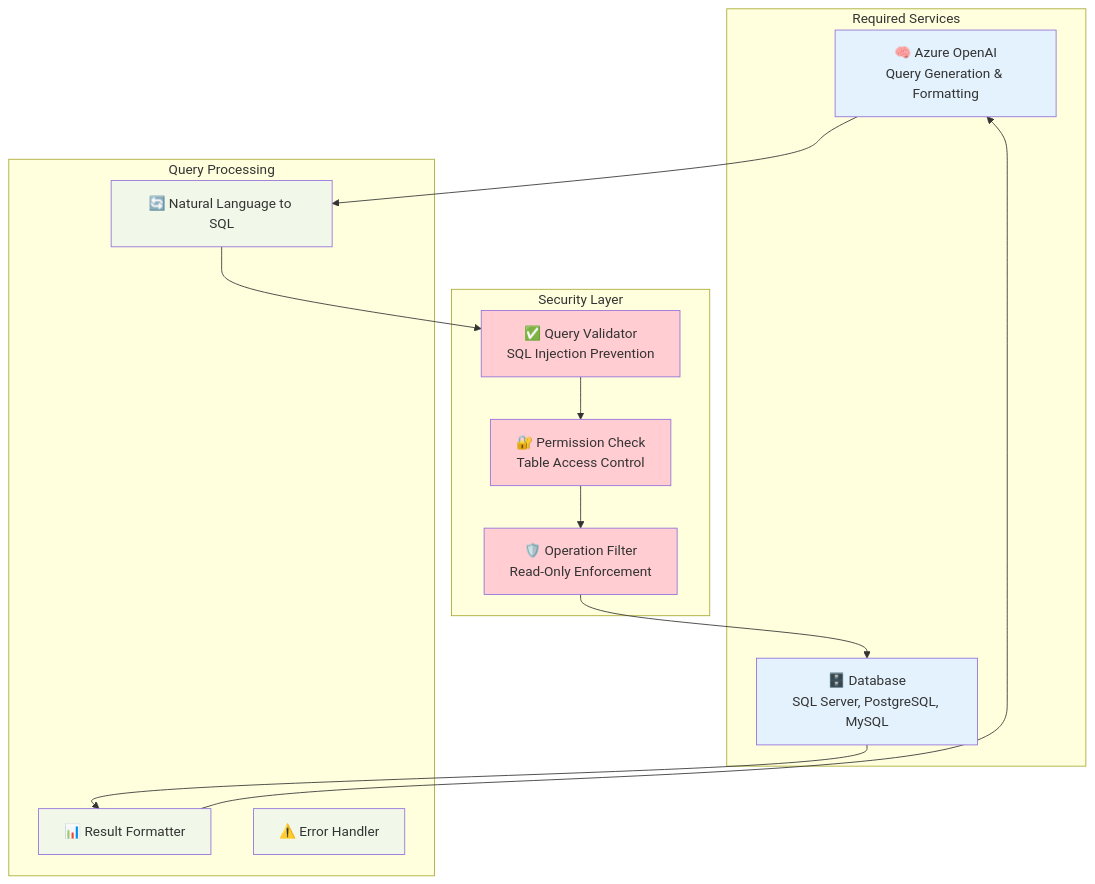
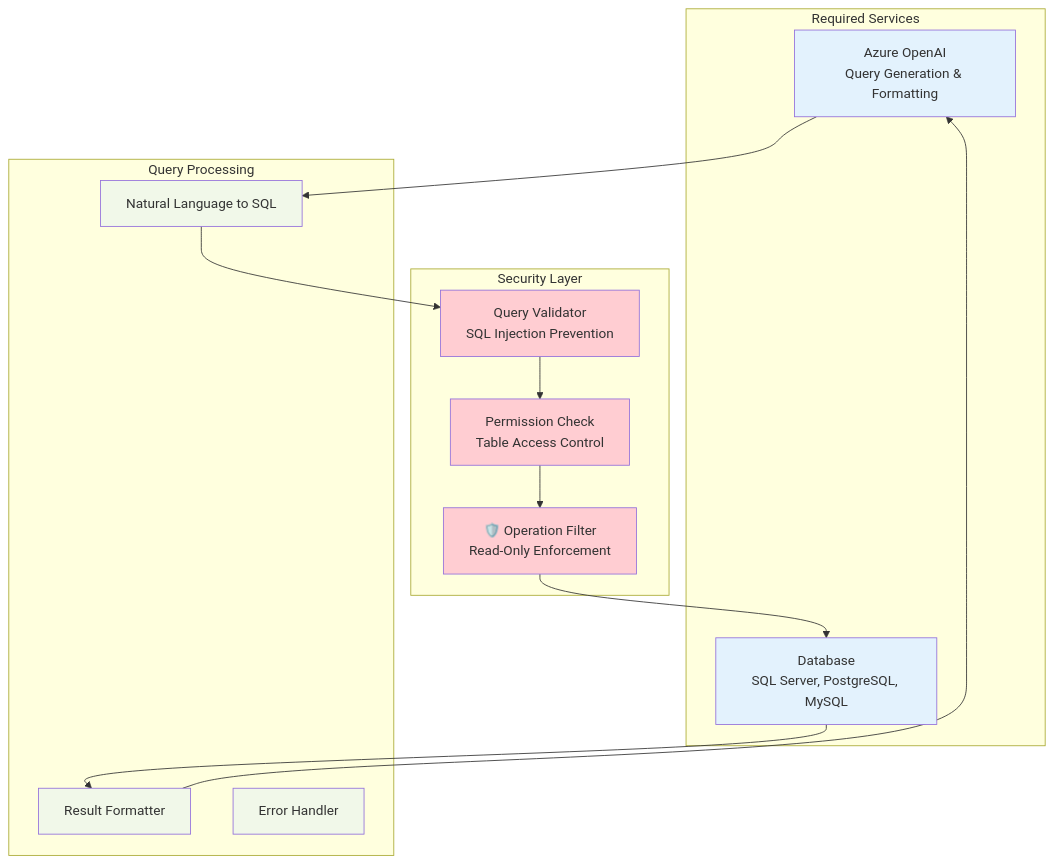
The ninth of 10 diagrams in docs/workflows/README.md (the-ingenious-dark-knight/Insight_Ingenious), drawn with Mermaid before and after one commit. The commit also changed other lines of this file and 23 other files, not shown here.

````diff
--- a/docs/workflows/README.md
+++ b/docs/workflows/README.md
@@ -400,35 +400,35 @@
 ```mermaid
 graph TB
     subgraph "Required Services"
-        AZURE_OPENAI[🧠 Azure OpenAI<br/>Query Generation & Formatting]
-        DATABASE[🗄️ Database<br/>SQL Server, PostgreSQL, MySQL]
+        AZURE_OPENAI[ Azure OpenAI<br/>Query Generation & Formatting]
+        DATABASE[ Database<br/>SQL Server, PostgreSQL, MySQL]
     end
 
     subgraph "Security Layer"
-        QUERY_VALIDATOR[✅ Query Validator<br/>SQL Injection Prevention]
-        PERMISSION_CHECK[🔐 Permission Check<br/>Table Access Control]
+        QUERY_VALIDATOR[ Query Validator<br/>SQL Injection Prevention]
+        PERMISSION_CHECK[ Permission Check<br/>Table Access Control]
         OPERATION_FILTER[🛡️ Operation Filter<br/>Read-Only Enforcement]
     end
 
     subgraph "Query Processing"
-        NL_TO_SQL[🔄 Natural Language to SQL]
-        RESULT_FORMATTER[📊 Result Formatter]
-        ERROR_HANDLER[⚠️ Error Handler]
+        NL_TO_SQL[ Natural Language to SQL]
+        RESULT_FORMATTER[ Result Formatter]
+        ERROR_HANDLER[ Error Handler]
     end
 
     AZURE_OPENAI --> NL_TO_SQL
     NL_TO_SQL --> QUERY_VALIDATOR
     QUERY_VALIDATOR --> PERMISSION_CHECK
     PERMISSION_CHECK --> OPERATION_FILTER
     OPERATION_FILTER --> DATABASE
     DATABASE --> RESULT_FORMATTER
     RESULT_FORMATTER --> AZURE_OPENAI
 
     classDef service fill:#e3f2fd
     classDef security fill:#ffcdd2
     classDef processing fill:#f1f8e9
 
     class AZURE_OPENAI,DATABASE service
     class QUERY_VALIDATOR,PERMISSION_CHECK,OPERATION_FILTER security
     class NL_TO_SQL,RESULT_FORMATTER,ERROR_HANDLER processing
 ```
````
